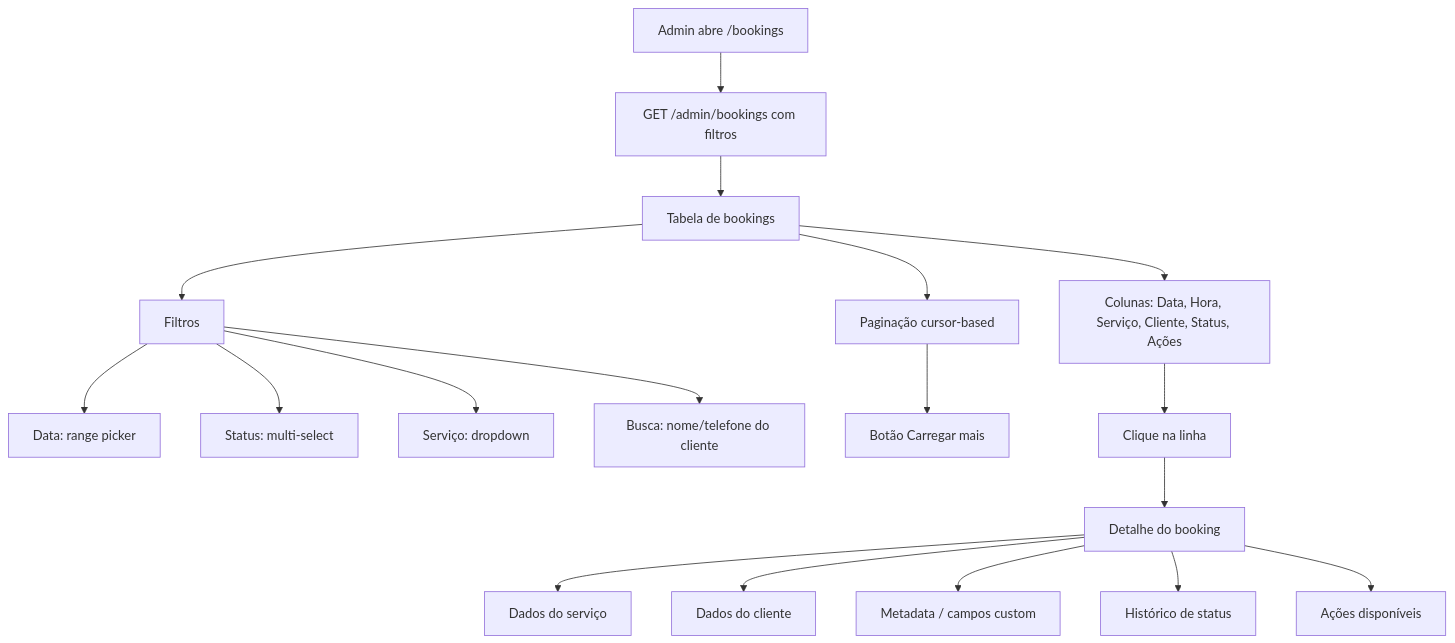
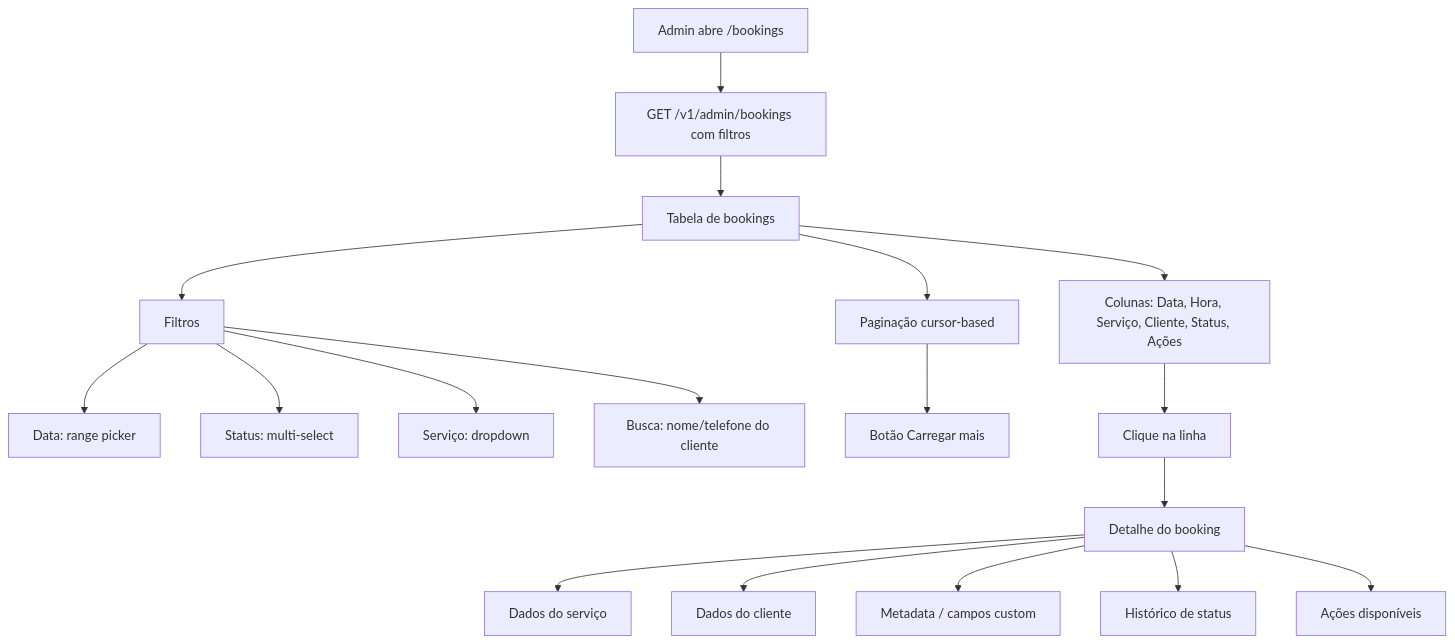
The ninth of 13 diagrams in docs/frontend/flows.md (tassan/temhorario), drawn with Mermaid before and after one commit. The commit also changed other lines of this file and 4 other files, not shown here.

First line of the commit message:
docs(frontend): align architecture and flows with API contract

````diff
--- a/docs/frontend/flows.md
+++ b/docs/frontend/flows.md
@@ -251,24 +253,24 @@
 ```mermaid
 flowchart TD
-    A[Admin abre /bookings] --> B[GET /admin/bookings com filtros]
+    A[Admin abre /bookings] --> B[GET /v1/admin/bookings com filtros]
 
     B --> C[Tabela de bookings]
     C --> C1[Colunas: Data, Hora, Serviço, Cliente, Status, Ações]
 
     C --> D[Filtros]
     D --> D1[Data: range picker]
     D --> D2[Status: multi-select]
     D --> D3[Serviço: dropdown]
     D --> D4[Busca: nome/telefone do cliente]
 
     C --> E[Paginação cursor-based]
     E --> E1[Botão Carregar mais]
 
     C1 --> F[Clique na linha]
     F --> G[Detalhe do booking]
     G --> G1[Dados do serviço]
     G --> G2[Dados do cliente]
     G --> G3[Metadata / campos custom]
     G --> G4[Histórico de status]
     G --> G5[Ações disponíveis]
 ```
````
